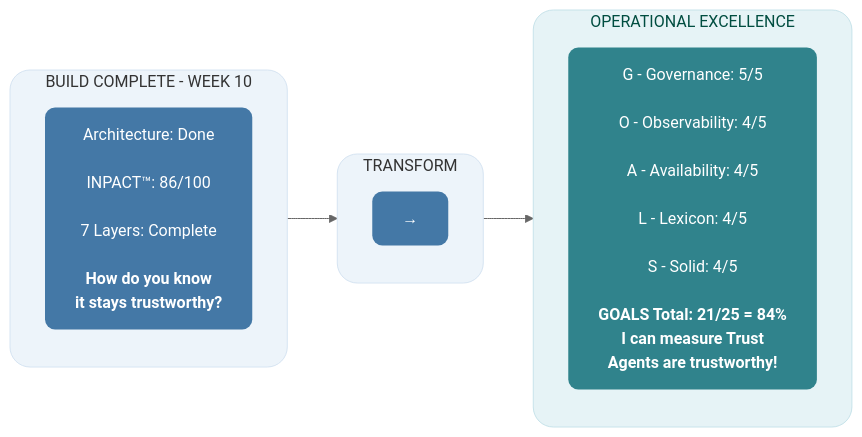
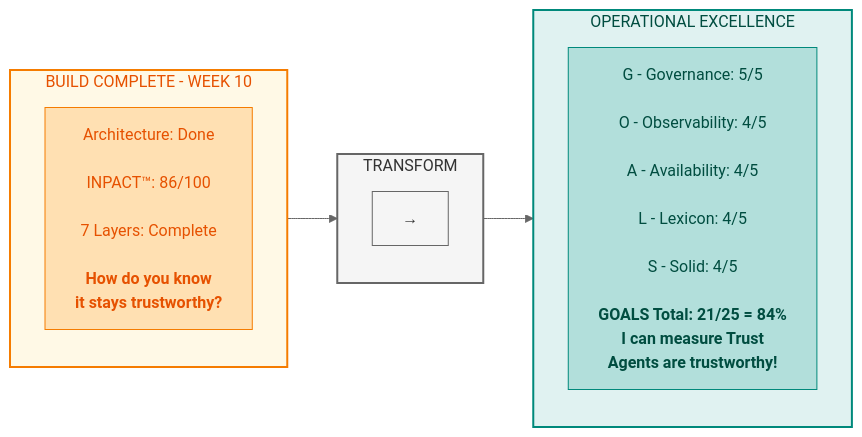
The first of 14 diagrams in manuscript/08_chapter_7_goals_framework.md (saitejesh-cyber/trust-before-intelligence-book), drawn with Mermaid (neutral theme) before and after one commit. The commit also changed other lines of this file and 12 other files, not shown here.

Commit message:
Restore legacy Mermaid styles for Option 1

````diff
--- a/manuscript/08_chapter_7_goals_framework.md
+++ b/manuscript/08_chapter_7_goals_framework.md
@@ -34,28 +34,28 @@
 ```mermaid
 
 graph LR
     subgraph BUILD["BUILD COMPLETE - WEEK 10"]
         direction TB
         B1["Architecture: Done<br/><br/>INPACT™: 86/100<br/><br/>7 Layers: Complete<br/><br/><b>How do you know<br/>it stays trustworthy?</b>"]
     end
     
     subgraph TRANSFORM["TRANSFORM"]
         direction TB
         T1["→"]
     end
     
     subgraph OPERATE["OPERATIONAL EXCELLENCE"]
         direction TB
         O1["G - Governance: 5/5<br/><br/>O - Observability: 4/5<br/><br/>A - Availability: 4/5<br/><br/>L - Lexicon: 4/5<br/><br/>S - Solid: 4/5<br/><br/><b>GOALS Total: 21/25 = 84%<br/>I can measure Trust<br/>Agents are trustworthy!"]
     end
     
     BUILD --> TRANSFORM --> OPERATE
     
-    style BUILD fill:#edf4fa,stroke:#d6e4f2,stroke-width:1px,color:#333333,rx:20,ry:20
-    style TRANSFORM fill:#edf4fa,stroke:#d6e4f2,stroke-width:1px,color:#333333,rx:20,ry:20
-    style OPERATE fill:#e6f3f6,stroke:#c7e3ea,stroke-width:1px,color:#004d40,rx:20,ry:20
-    style B1 fill:#4478A6,stroke:none,color:#ffffff,rx:10,ry:10
-    style T1 fill:#4478A6,stroke:none,color:#ffffff,rx:10,ry:10
-    style O1 fill:#30838C,stroke:none,color:#ffffff,rx:10,ry:10
+    style BUILD fill:#fff9e6,stroke:#f57c00,stroke-width:2px,color:#e65100
+    style TRANSFORM fill:#f5f5f5,stroke:#666666,stroke-width:2px,color:#333333
+    style OPERATE fill:#e0f2f1,stroke:#00897b,stroke-width:2px,color:#004d40
+    style B1 fill:#ffe0b2,stroke:#f57c00,color:#e65100
+    style T1 fill:#f5f5f5,stroke:#666666,color:#333333
+    style O1 fill:#b2dfdb,stroke:#00897b,color:#004d40
 
 ```
````
